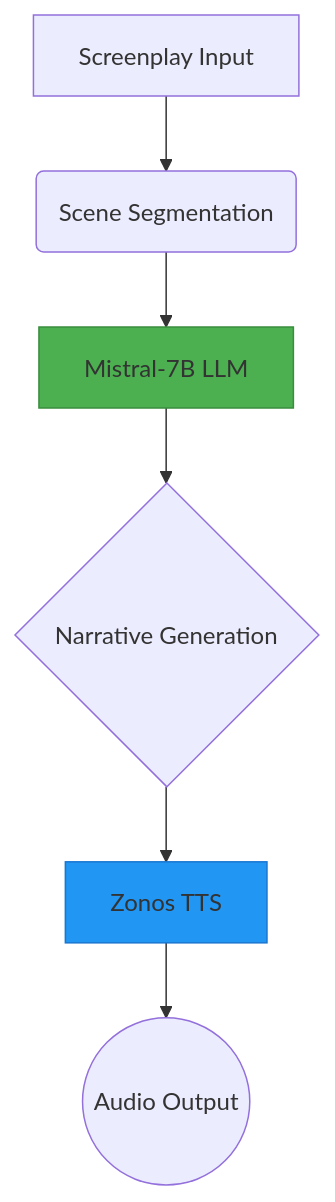
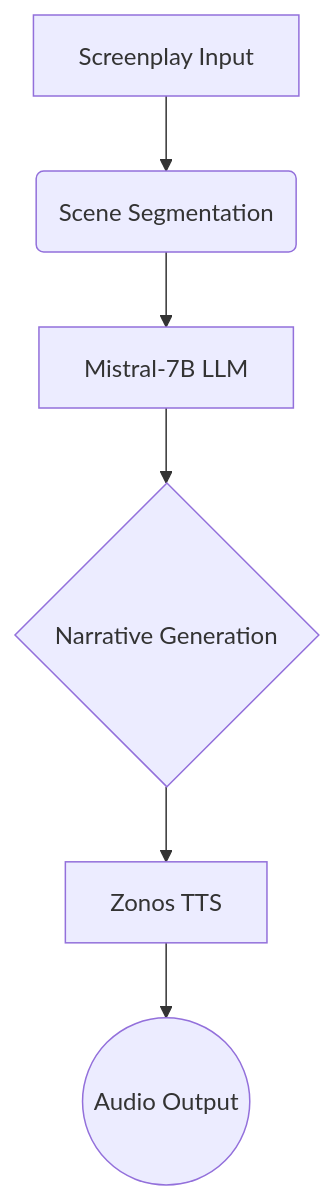
One commit to buzzgrewal/Script-Symphony changed the diagram in README.md. Above: the diagram before and after it, drawn with Mermaid.

````diff
--- a/README.md
+++ b/README.md
@@ -75,10 +75,8 @@
 ```mermaid
 graph TD
     A[Screenplay Input] --> B(Scene Segmentation)
     B --> C[Mistral-7B LLM]
     C --> D{Narrative Generation}
     D --> E[Zonos TTS]
     E --> F((Audio Output))
-    style C fill:#4CAF50,stroke:#388E3C
-    style E fill:#2196F3,stroke:#1976D2
 ```
````
